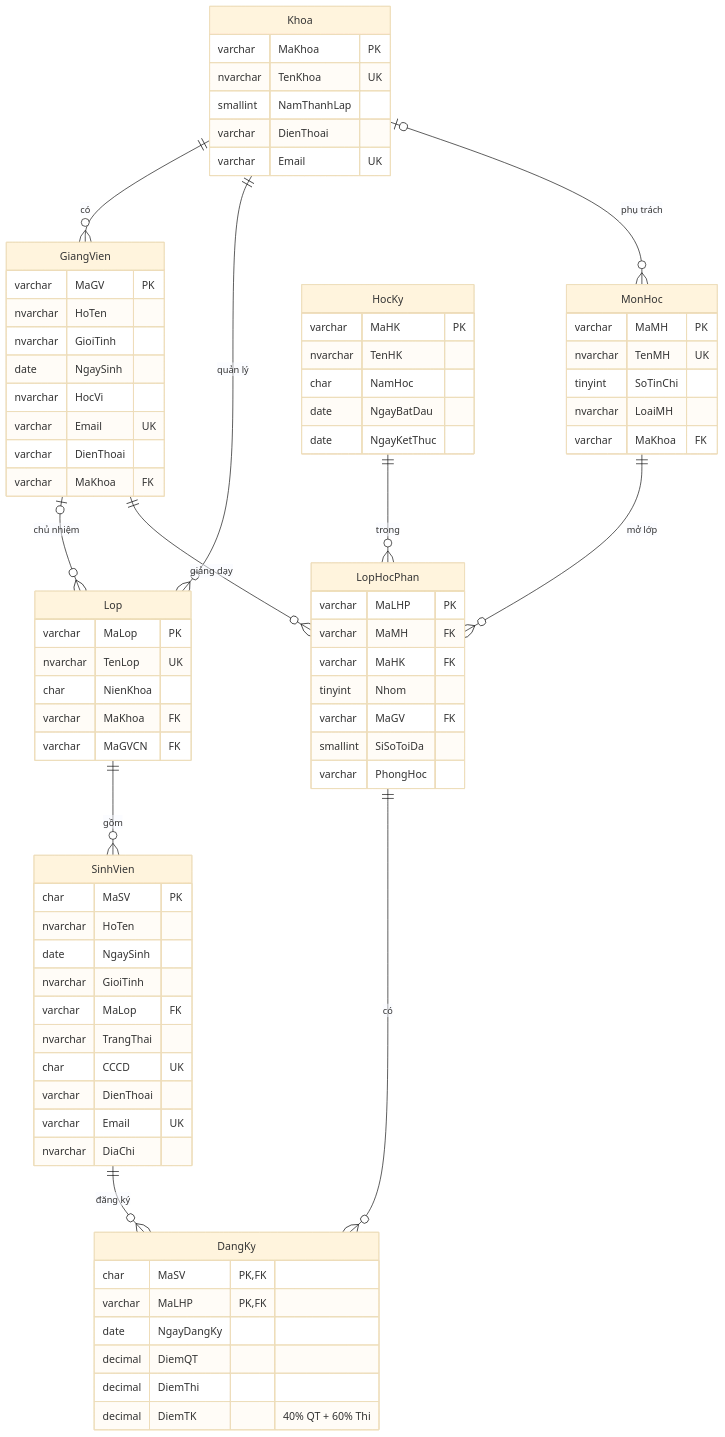
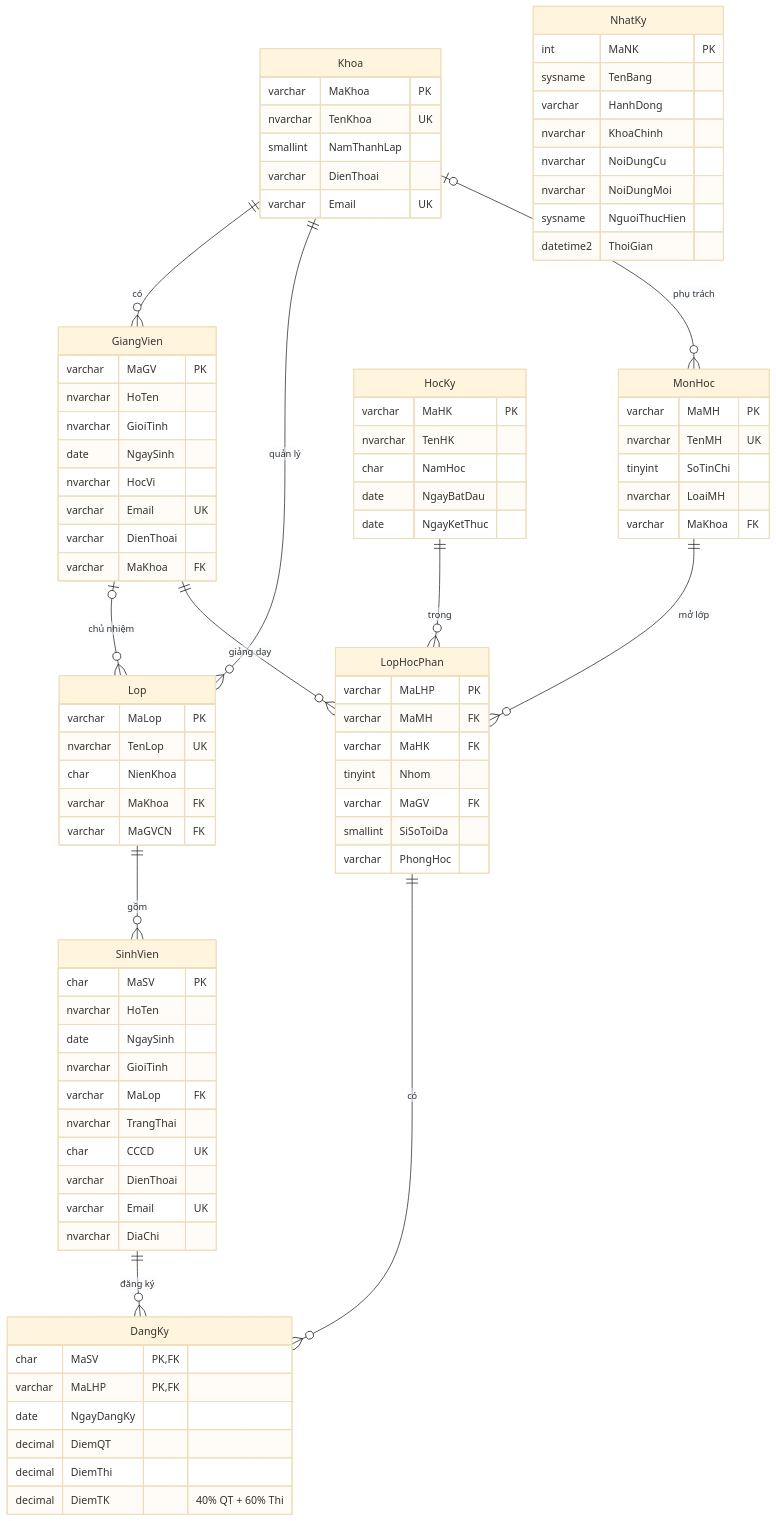
The diagram in images/erd_taptrung.mmd (khng410/Student_Mgmt_Distributed_System), drawn with Mermaid (base theme) before and after one commit. The commit also changed 5 other files, not shown here.

First line of the commit message:
Thống kê chính xác và tương tác hơn, kịch bản trình bày, ERD có NhatKy

```diff
--- a/images/erd_taptrung.mmd
+++ b/images/erd_taptrung.mmd
@@ -1,79 +1,89 @@
 erDiagram
     Khoa ||--o{ GiangVien : "có"
     Khoa ||--o{ Lop : "quản lý"
     Khoa |o--o{ MonHoc : "phụ trách"
     GiangVien |o--o{ Lop : "chủ nhiệm"
     Lop ||--o{ SinhVien : "gồm"
     MonHoc ||--o{ LopHocPhan : "mở lớp"
     HocKy ||--o{ LopHocPhan : "trong"
     GiangVien ||--o{ LopHocPhan : "giảng dạy"
     SinhVien ||--o{ DangKy : "đăng ký"
     LopHocPhan ||--o{ DangKy : "có"
 
     Khoa {
         varchar MaKhoa PK
         nvarchar TenKhoa UK
         smallint NamThanhLap
         varchar DienThoai
         varchar Email UK
     }
     HocKy {
         varchar MaHK PK
         nvarchar TenHK
         char NamHoc
         date NgayBatDau
         date NgayKetThuc
     }
     MonHoc {
         varchar MaMH PK
         nvarchar TenMH UK
         tinyint SoTinChi
         nvarchar LoaiMH
         varchar MaKhoa FK
     }
     GiangVien {
         varchar MaGV PK
         nvarchar HoTen
         nvarchar GioiTinh
         date NgaySinh
         nvarchar HocVi
         varchar Email UK
         varchar DienThoai
         varchar MaKhoa FK
     }
     Lop {
         varchar MaLop PK
         nvarchar TenLop UK
         char NienKhoa
         varchar MaKhoa FK
         varchar MaGVCN FK
     }
     SinhVien {
         char MaSV PK
         nvarchar HoTen
         date NgaySinh
         nvarchar GioiTinh
         varchar MaLop FK
         nvarchar TrangThai
         char CCCD UK
         varchar DienThoai
         varchar Email UK
         nvarchar DiaChi
     }
     LopHocPhan {
         varchar MaLHP PK
         varchar MaMH FK
         varchar MaHK FK
         tinyint Nhom
         varchar MaGV FK
         smallint SiSoToiDa
         varchar PhongHoc
     }
     DangKy {
         char MaSV PK, FK
         varchar MaLHP PK, FK
         date NgayDangKy
         decimal DiemQT
         decimal DiemThi
         decimal DiemTK "40% QT + 60% Thi"
     }
+    NhatKy {
+        int MaNK PK
+        sysname TenBang
+        varchar HanhDong
+        nvarchar KhoaChinh
+        nvarchar NoiDungCu
+        nvarchar NoiDungMoi
+        sysname NguoiThucHien
+        datetime2 ThoiGian
+    }
```
